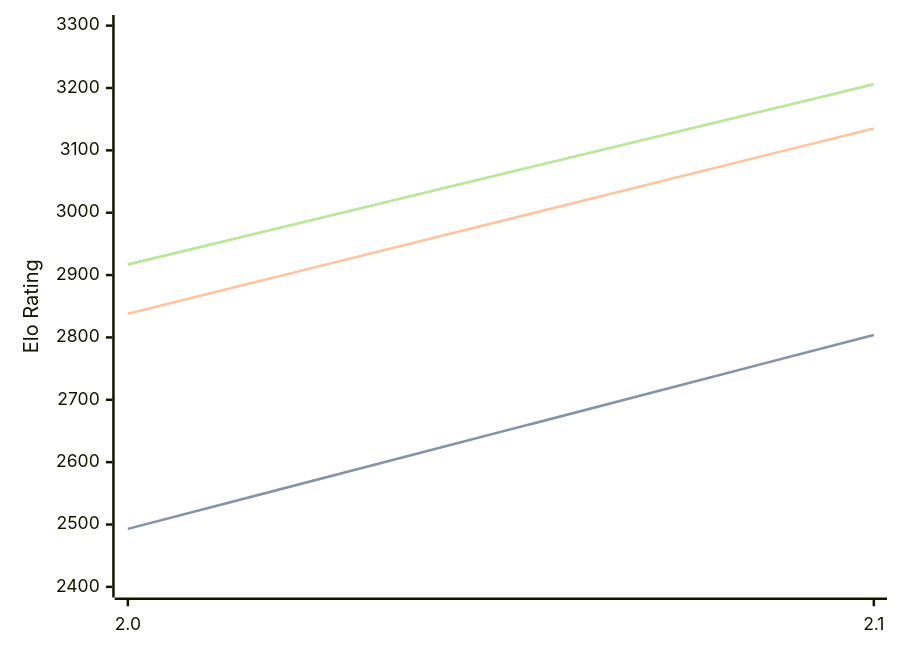
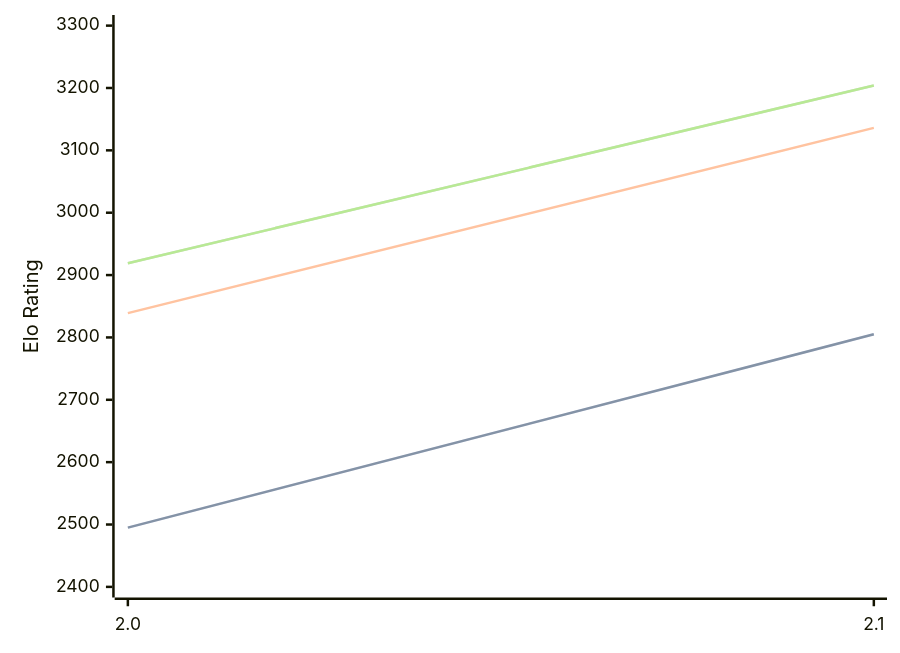
The diagram in engines/Tunguska.md (computer-chess-index/cci), drawn with Mermaid before and after one commit. The commit also changed other lines of this file, not shown here.

Commit message:
Update CCI Ratings (ELO VLTC) - 2026-08-09

````diff
--- a/engines/Tunguska.md
+++ b/engines/Tunguska.md
@@ -32,11 +32,11 @@
 ```mermaid
 %%{init: {"theme":"base","themeVariables":{"seriesColors:['#a3a3a3','#222221','#faa371']}}}%%
 xychart-beta
   x-axis ["2.0", "2.1"]
   y-axis "Elo Rating" 2400 --> 3300
-  line "STC (8.0+0.08s)" [2493, 2804]
-  line "STC (8.0+0.08s)" [2493, 2804]
-  line "LTC (60.0+0.60s)" [2838, 3135]
-  line "VLTC (2m24s+1.12s)" [2917, 3206]
-  line "VLTC (2m24s+1.12s)" [2917, 3206]
+  line "STC (8.0+0.08s)" [2495, 2805]
+  line "STC (8.0+0.08s)" [2495, 2805]
+  line "LTC (60.0+0.60s)" [2839, 3136]
+  line "VLTC (2m24s+1.12s)" [2919, 3204]
+  line "VLTC (2m24s+1.12s)" [2919, 3204]
 ```
````
